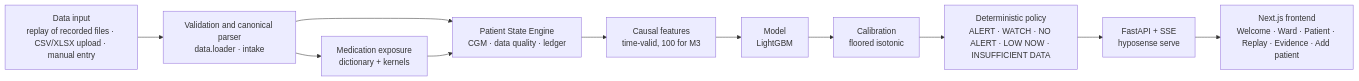
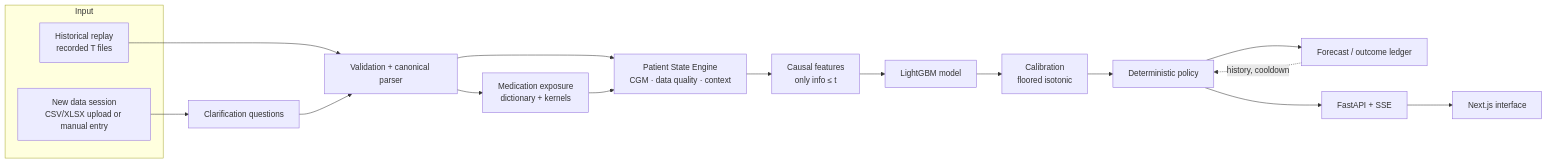
One commit to yug-birla/HypoSense-Twin changed the first of 2 diagrams in README.md. Above: the diagram before and after it, drawn with Mermaid. The commit also changed other lines of this file and 15 other files, not shown here.

````diff
--- a/README.md
+++ b/README.md
@@ -114,13 +291,20 @@
 ```mermaid
 flowchart LR
-  A["Data input<br/>replay of recorded files · CSV/XLSX upload · manual entry"] --> B["Validation and canonical parser<br/>data.loader · intake"]
-  B --> C["Patient State Engine<br/>CGM · data quality · ledger"]
-  B --> D["Medication exposure<br/>dictionary + kernels"]
-  D --> C
-  C --> E["Causal features<br/>time-valid, 100 for M3"]
-  E --> F["Model<br/>LightGBM"]
-  F --> G["Calibration<br/>floored isotonic"]
-  G --> H["Deterministic policy<br/>ALERT · WATCH · NO ALERT · LOW NOW · INSUFFICIENT DATA"]
-  H --> I["FastAPI + SSE<br/>hyposense serve"]
-  I --> J["Next.js frontend<br/>Welcome · Ward · Patient · Replay · Evidence · Add patient"]
+  subgraph IN["Input"]
+    R["Historical replay<br/>recorded T files"]
+    U["New data session<br/>CSV/XLSX upload or manual entry"]
+  end
+  R --> V["Validation + canonical parser"]
+  U --> Q["Clarification questions"] --> V
+  V --> S["Patient State Engine<br/>CGM · data quality · context"]
+  V --> M["Medication exposure<br/>dictionary + kernels"]
+  M --> S
+  S --> F["Causal features<br/>only info ≤ t"]
+  F --> L["LightGBM model"]
+  L --> C["Calibration<br/>floored isotonic"]
+  C --> P["Deterministic policy"]
+  P --> O["Forecast / outcome ledger"]
+  O -. "history, cooldown" .-> P
+  P --> A["FastAPI + SSE"]
+  A --> UI["Next.js interface"]
 ```
````
